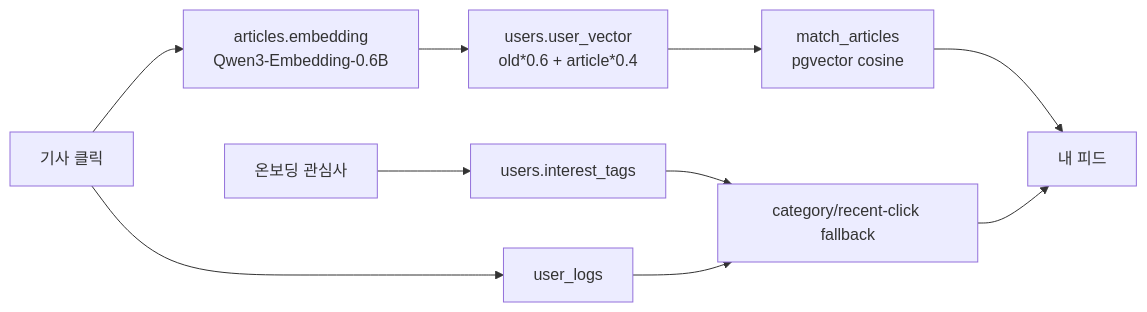
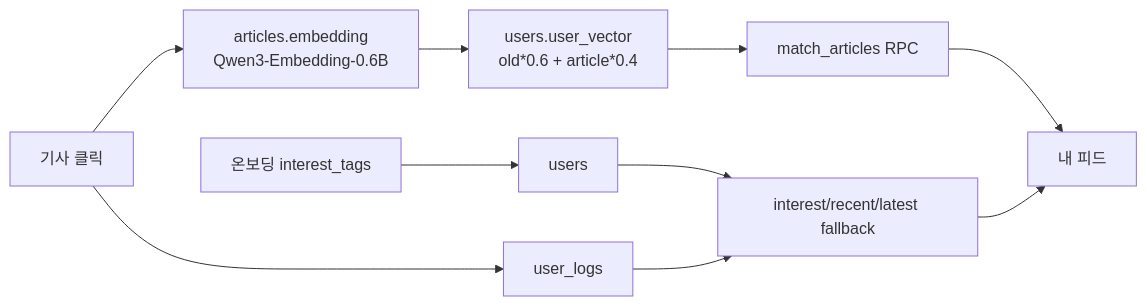
Before and after one commit to choco112167-art/Samsun-Final-Project: the first of 2 diagrams in docs/PRESENTATION_FACTS.md, drawn with Mermaid. The commit also changed other lines of this file and 1 other file, not shown here.

````diff
--- a/docs/PRESENTATION_FACTS.md
+++ b/docs/PRESENTATION_FACTS.md
@@ -45,12 +53,12 @@
 ```mermaid
 flowchart LR
-  Onboarding["온보딩 관심사"] --> Users["users.interest_tags"]
+  Interest["온보딩 interest_tags"] --> Users["users"]
   Click["기사 클릭"] --> Logs["user_logs"]
-  Click --> ArticleVec["articles.embedding<br/>Qwen3-Embedding-0.6B"]
-  ArticleVec --> UserVec["users.user_vector<br/>old*0.6 + article*0.4"]
-  UserVec --> RPC["match_articles<br/>pgvector cosine"]
-  RPC --> Feed["내 피드"]
-  Users --> Fallback["category/recent-click fallback"]
+  Click --> Emb["articles.embedding<br/>Qwen3-Embedding-0.6B"]
+  Emb --> Vector["users.user_vector<br/>old*0.6 + article*0.4"]
+  Vector --> Match["match_articles RPC"]
+  Match --> Feed["내 피드"]
+  Users --> Fallback["interest/recent/latest fallback"]
   Logs --> Fallback
   Fallback --> Feed
 ```
````
